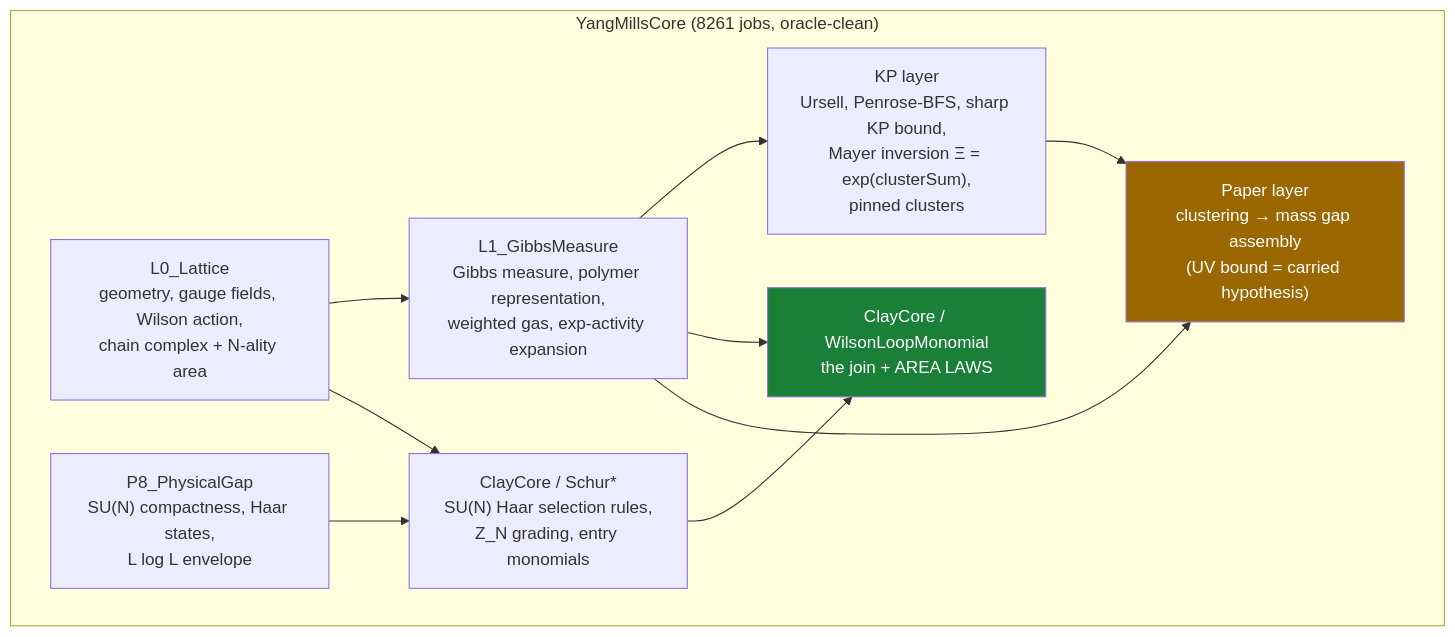
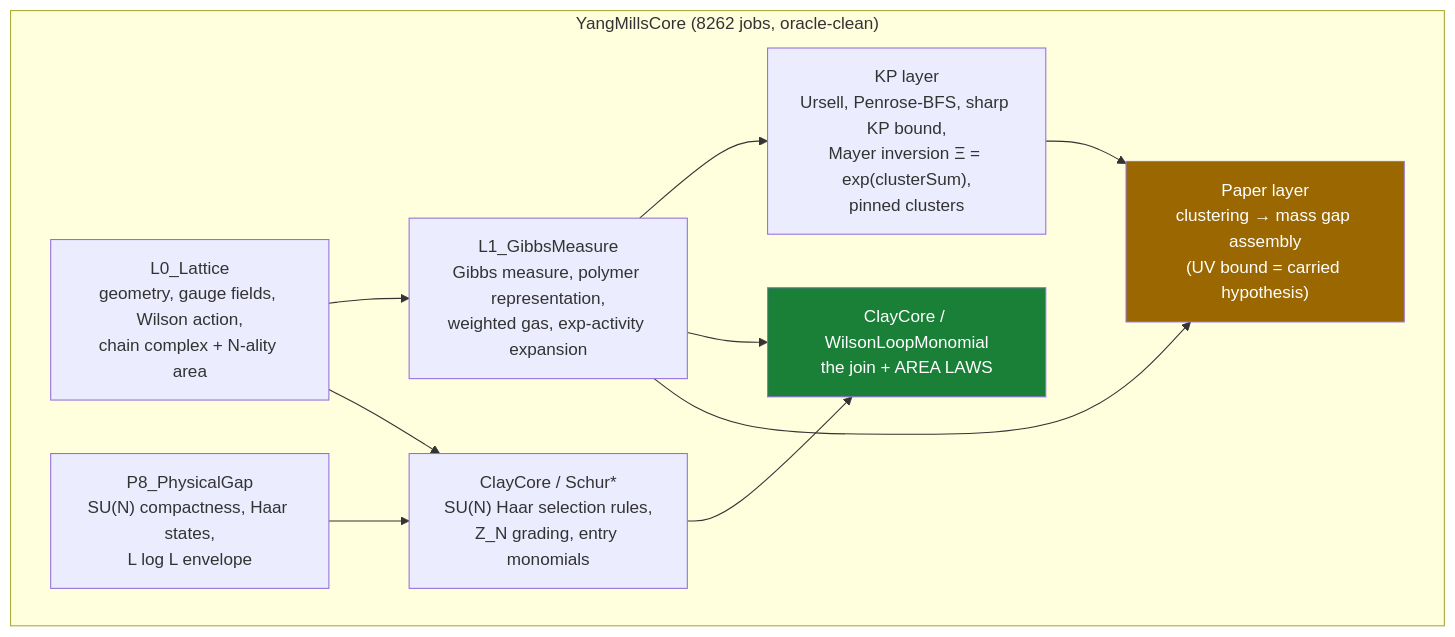
One commit to lluiseriksson/THE-ERIKSSON-PROGRAMME changed the diagram in README.md. Above: the diagram before and after it, drawn with Mermaid. The commit also changed other lines of this file and 14 other files, not shown here.

````diff
--- a/README.md
+++ b/README.md
@@ -204,20 +203,20 @@
 ```mermaid
 graph TD
-    subgraph core["YangMillsCore  (8261 jobs, oracle-clean)"]
+    subgraph core["YangMillsCore  (8262 jobs, oracle-clean)"]
         L0["L0_Lattice<br/>geometry, gauge fields, Wilson action,<br/>chain complex + N-ality area"]
         L1["L1_GibbsMeasure<br/>Gibbs measure, polymer representation,<br/>weighted gas, exp-activity expansion"]
         KP["KP layer<br/>Ursell, Penrose-BFS, sharp KP bound,<br/>Mayer inversion Ξ = exp(clusterSum),<br/>pinned clusters"]
         SCHUR["ClayCore / Schur*<br/>SU(N) Haar selection rules,<br/>Z_N grading, entry monomials"]
         WLM["ClayCore / WilsonLoopMonomial<br/>the join + AREA LAWS"]
         PAPER["Paper layer<br/>clustering → mass gap assembly<br/>(UV bound = carried hypothesis)"]
         P8["P8_PhysicalGap<br/>SU(N) compactness, Haar states,<br/>L log L envelope"]
     end
     L0 --> L1 --> KP
     L0 --> SCHUR --> WLM
     L1 --> WLM
     L1 --> PAPER
     KP --> PAPER
     P8 --> SCHUR
     style WLM fill:#1a7f37,color:#fff
     style PAPER fill:#9a6700,color:#fff
 ```
````
